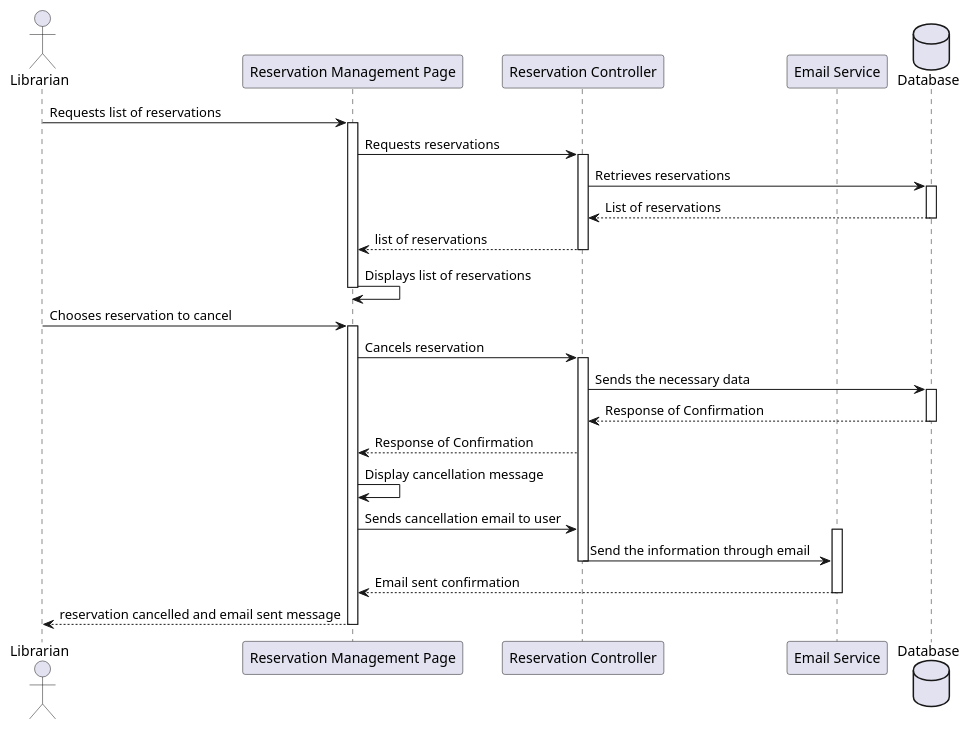
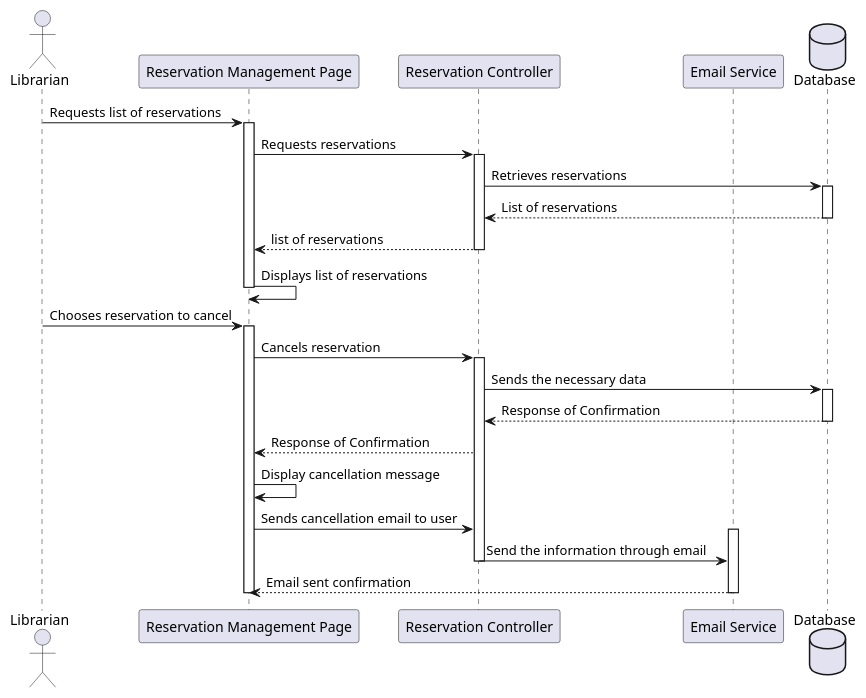
The diagram in docs/umlDiagrams/Sequence Diagrams/CancelReservation.puml (bartucank/mlm), drawn with PlantUML before and after one commit. The commit also changed 24 other files, not shown here.

```diff
--- a/docs/umlDiagrams/Sequence Diagrams/CancelReservation.puml
+++ b/docs/umlDiagrams/Sequence Diagrams/CancelReservation.puml
@@ -1,46 +1,45 @@
 @startuml
 actor "Librarian" as Librarian
 participant "Reservation Management Page" as System
 participant "Reservation Controller" as Controller
 participant "Email Service" as Email
 database "Database" as Database
 
 Librarian -> System: Requests list of reservations
 activate System
 
 System -> Controller: Requests reservations
 activate Controller
 
 Controller -> Database: Retrieves reservations
 activate Database
 Database --> Controller: List of reservations
 deactivate Database
 Controller --> System:  list of reservations
 deactivate Controller
 
 System -> System: Displays list of reservations
 deactivate System
 
 Librarian -> System: Chooses reservation to cancel
 activate System
 
 System -> Controller: Cancels reservation
 activate Controller
 Controller -> Database: Sends the necessary data
 activate Database
 Database --> Controller: Response of Confirmation
 deactivate Database
 Controller --> System: Response of Confirmation
 System -> System: Display cancellation message
 
 
 System -> Controller: Sends cancellation email to user
 activate Email
 Controller -> Email:Send the information through email
 deactivate Controller
 Email --> System: Email sent confirmation
 deactivate Email
 
-System --> Librarian:  reservation cancelled and email sent message
 deactivate System
 @enduml
```
